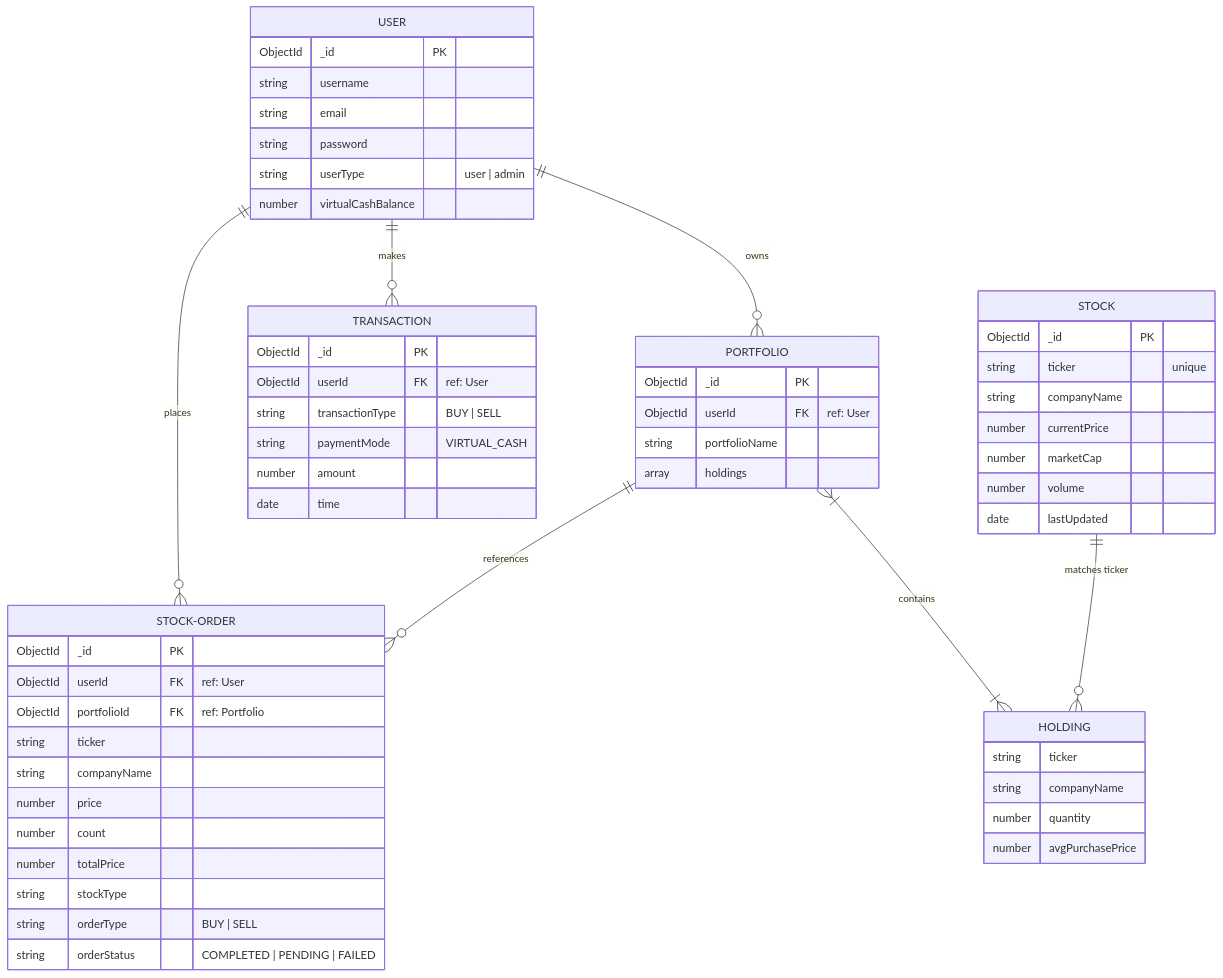
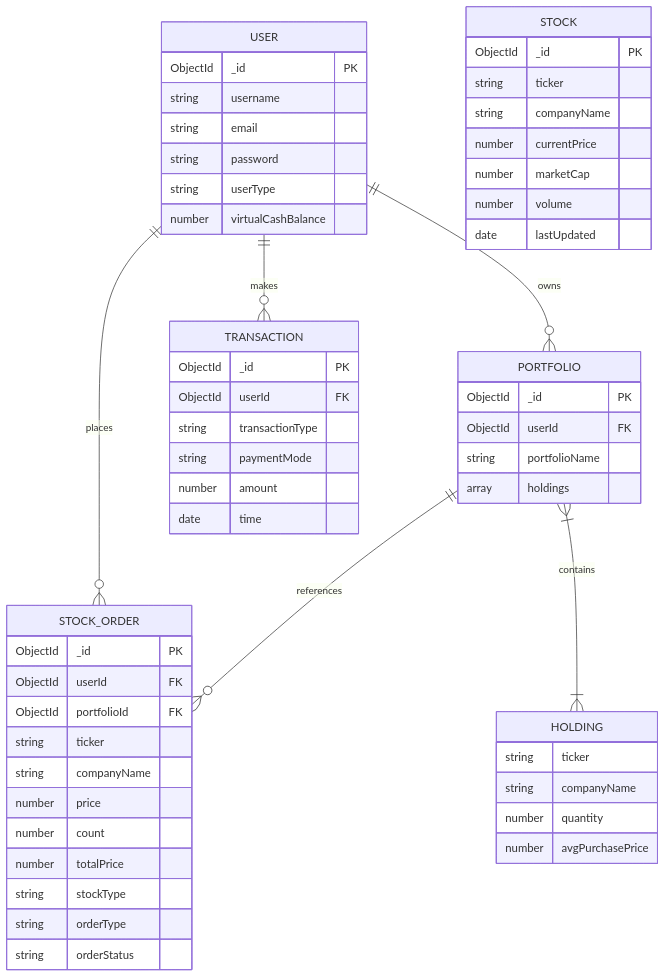
Before and after one commit to rakeshreddyannem/stock-trading-app: the second of 3 diagrams in README.md, drawn with Mermaid. The commit also changed other lines of this file, not shown here.

Commit message:
docs: Fix Mermaid syntax errors in README

````diff
--- a/README.md
+++ b/README.md
@@ -43,65 +43,64 @@
 ```mermaid
 erDiagram
+    USER ||--o{ STOCK_ORDER : "places"
     USER ||--o{ PORTFOLIO : "owns"
-    USER ||--o{ STOCK-ORDER : "places"
     USER ||--o{ TRANSACTION : "makes"
-    PORTFOLIO ||--o{ STOCK-ORDER : "references"
+    PORTFOLIO ||--o{ STOCK_ORDER : "references"
     PORTFOLIO }|--|{ HOLDING : "contains"
-    STOCK ||--o{ HOLDING : "matches ticker"
 
     USER {
         ObjectId _id PK
         string username
         string email
         string password
-        string userType "user | admin"
+        string userType
         number virtualCashBalance
     }
 
     PORTFOLIO {
         ObjectId _id PK
-        ObjectId userId FK "ref: User"
+        ObjectId userId FK
         string portfolioName
         array holdings
     }
 
     HOLDING {
         string ticker
         string companyName
         number quantity
         number avgPurchasePrice
     }
 
     STOCK {
         ObjectId _id PK
-        string ticker "unique"
+        string ticker
         string companyName
         number currentPrice
         number marketCap
         number volume
         date lastUpdated
     }
 
-    STOCK-ORDER {
+    STOCK_ORDER {
         ObjectId _id PK
-        ObjectId userId FK "ref: User"
-        ObjectId portfolioId FK "ref: Portfolio"
+        ObjectId userId FK
+        ObjectId portfolioId FK
         string ticker
         string companyName
         number price
         number count
         number totalPrice
         string stockType
-        string orderType "BUY | SELL"
-        string orderStatus "COMPLETED | PENDING | FAILED"
+        string orderType
+        string orderStatus
     }
 
     TRANSACTION {
         ObjectId _id PK
-        ObjectId userId FK "ref: User"
-        string transactionType "BUY | SELL"
-        string paymentMode "VIRTUAL_CASH"
+        ObjectId userId FK
+        string transactionType
+        string paymentMode
         number amount
         date time
     }
 ```
````
